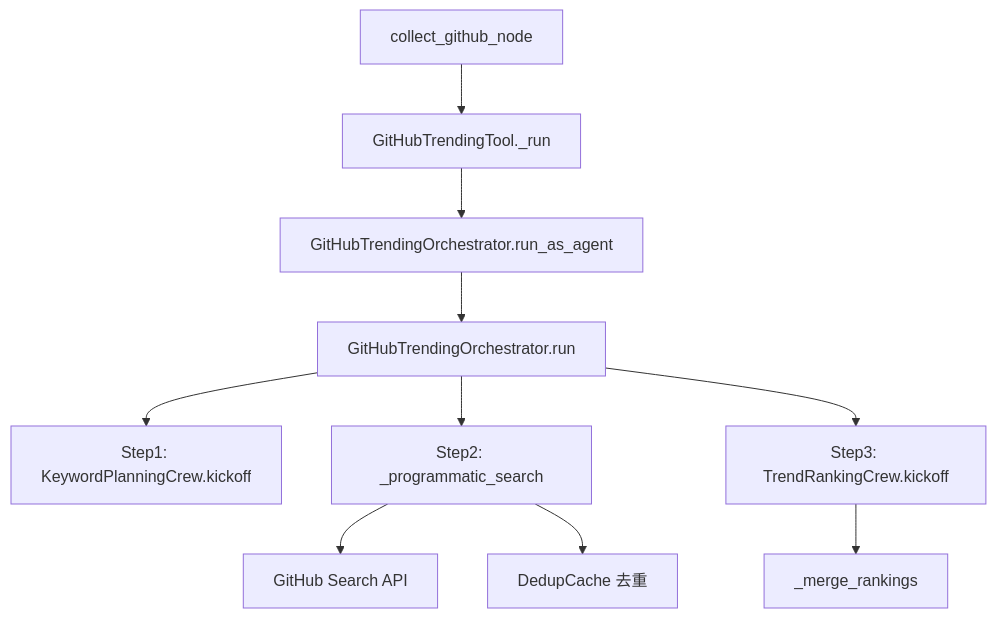
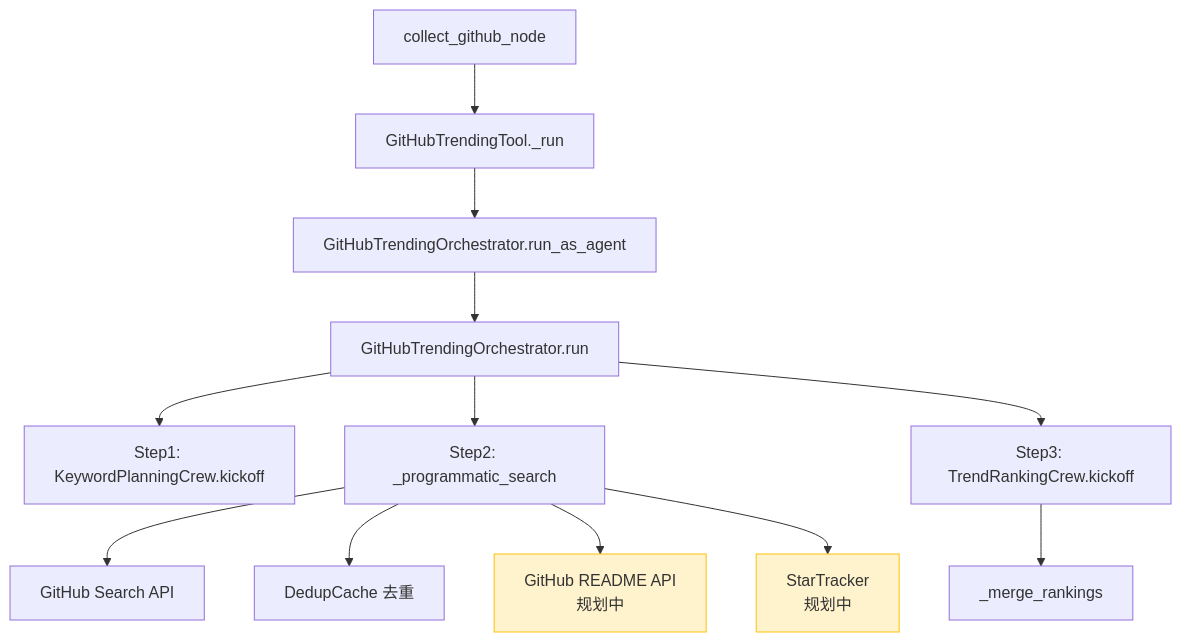
The fourth of 6 diagrams in doc/ai-trending-requirements.md (qwzhang01/ai_trending), drawn with Mermaid before and after one commit. The commit also changed other lines of this file and 40 other files, not shown here.

````diff
--- a/doc/ai-trending-requirements.md
+++ b/doc/ai-trending-requirements.md
@@ -168,12 +211,17 @@
 ```mermaid
 graph TD
     A[collect_github_node] --> B[GitHubTrendingTool._run]
     B --> C[GitHubTrendingOrchestrator.run_as_agent]
     C --> D[GitHubTrendingOrchestrator.run]
     D --> E[Step1: KeywordPlanningCrew.kickoff]
     D --> F[Step2: _programmatic_search]
     D --> G[Step3: TrendRankingCrew.kickoff]
     F --> H[GitHub Search API]
     F --> I[DedupCache 去重]
+    F --> RM[GitHub README API<br>规划中]
+    F --> ST[StarTracker<br>规划中]
     G --> J[_merge_rankings]
+    
+    style RM fill:#fff3cd,stroke:#ffc107
+    style ST fill:#fff3cd,stroke:#ffc107
 ```
````
